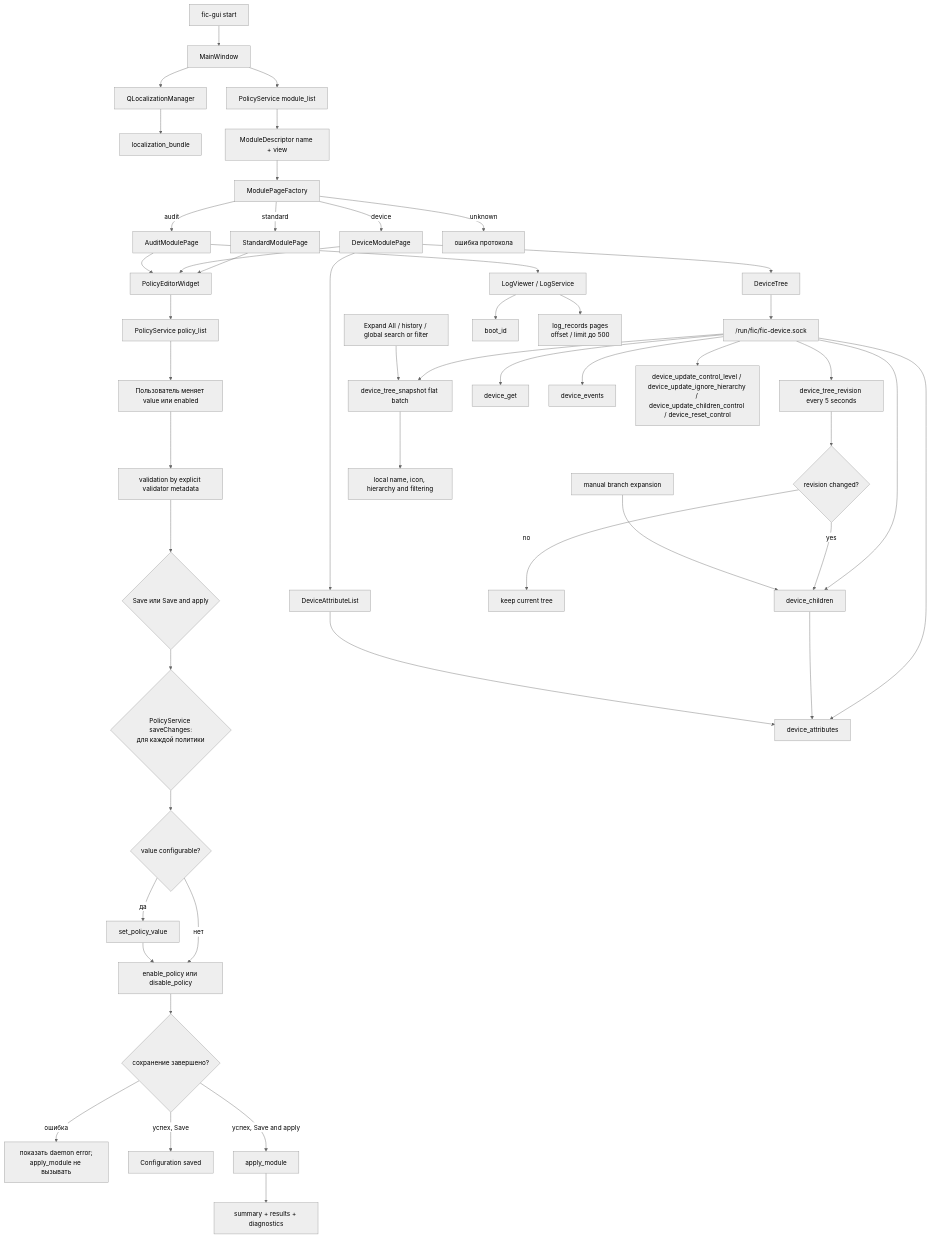
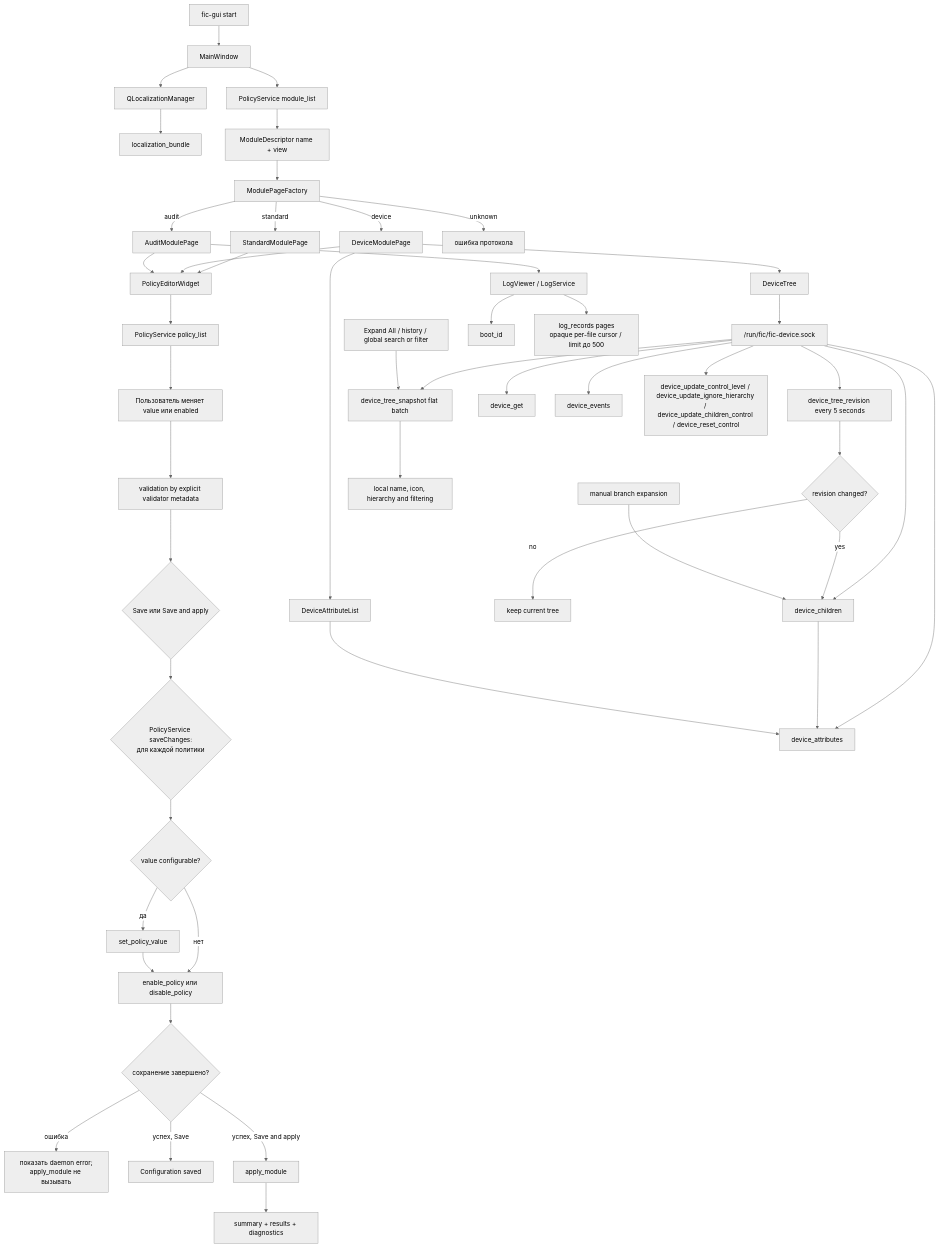
Diagram 17 of 20 in docs/architecture-diagrams.md (RevoltStar/FIC), drawn with Mermaid (neutral theme) before and after one commit. The commit also changed other lines of this file and 9 other files, not shown here.

Commit message:
Заменён нестабильный глобальный integer offset команды `log_records` на   opaque per-file cursor без дублирования и потери записей.

````diff
--- a/docs/architecture-diagrams.md
+++ b/docs/architecture-diagrams.md
@@ -1232,58 +1232,58 @@
 ```mermaid
 flowchart TD
     start[fic-gui start] --> mainWindow[MainWindow]
     mainWindow --> localization[QLocalizationManager]
     localization --> ipcLoc[localization_bundle]
 
     mainWindow --> moduleService[PolicyService module_list]
     moduleService --> descriptors[ModuleDescriptor name + view]
     descriptors --> pageFactory[ModulePageFactory]
     pageFactory -->|standard| standardPage[StandardModulePage]
     pageFactory -->|device| devicePage[DeviceModulePage]
     pageFactory -->|audit| auditPage[AuditModulePage]
     pageFactory -->|unknown| protocolError[ошибка протокола]
 
     standardPage --> policyEditor[PolicyEditorWidget]
     devicePage --> policyEditor
     auditPage --> policyEditor
     policyEditor --> ipcPolicies[PolicyService policy_list]
     ipcPolicies --> edit[Пользователь меняет value или enabled]
     edit --> validateGui[validation by explicit validator metadata]
     validateGui --> action{Save или Save and apply}
     action --> setLoop{PolicyService saveChanges:<br/>для каждой политики}
     setLoop --> setIfNeeded{value configurable?}
     setIfNeeded -->|да| setValue[set_policy_value]
     setIfNeeded -->|нет| state
     setValue --> state[enable_policy или disable_policy]
     state --> saved{сохранение завершено?}
     saved -->|ошибка| saveError[показать daemon error;<br/>apply_module не вызывать]
     saved -->|успех, Save| saveSuccess[Configuration saved]
     saved -->|успех, Save and apply| applyModule[apply_module]
     applyModule --> applyResult[summary + results + diagnostics]
 
     devicePage --> deviceTree[DeviceTree]
     deviceTree --> deviceSock["/run/fic/fic-device.sock"]
     deviceSock --> devRevision[device_tree_revision every 5 seconds]
     deviceSock --> devSnapshot[device_tree_snapshot flat batch]
     deviceSock --> devGet[device_get]
     deviceSock --> devChildren[device_children]
     deviceSock --> devAttrs[device_attributes]
     deviceSock --> devEvents[device_events]
     deviceSock --> devControl[device_update_control_level / device_update_ignore_hierarchy / device_update_children_control / device_reset_control]
 
     devRevision --> changed{revision changed?}
     changed -->|no| keepTree[keep current tree]
     changed -->|yes| devChildren
 
     heavy[Expand All / history / global search or filter] --> devSnapshot
     devSnapshot --> localTree[local name, icon, hierarchy and filtering]
     manual[manual branch expansion] --> devChildren
     devChildren --> devAttrs
 
     devicePage --> attrList[DeviceAttributeList]
     attrList --> devAttrs
 
     auditPage --> logViewer[LogViewer / LogService]
     logViewer --> boot[boot_id]
-    logViewer --> records[log_records pages<br/>offset / limit до 500]
+    logViewer --> records[log_records pages<br/>opaque per-file cursor / limit до 500]
 ```
````
